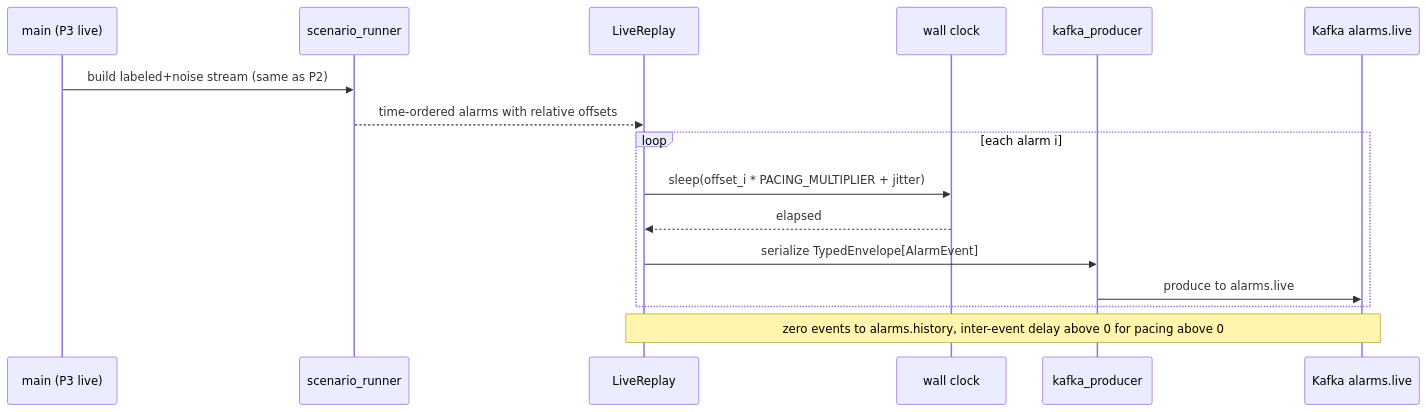
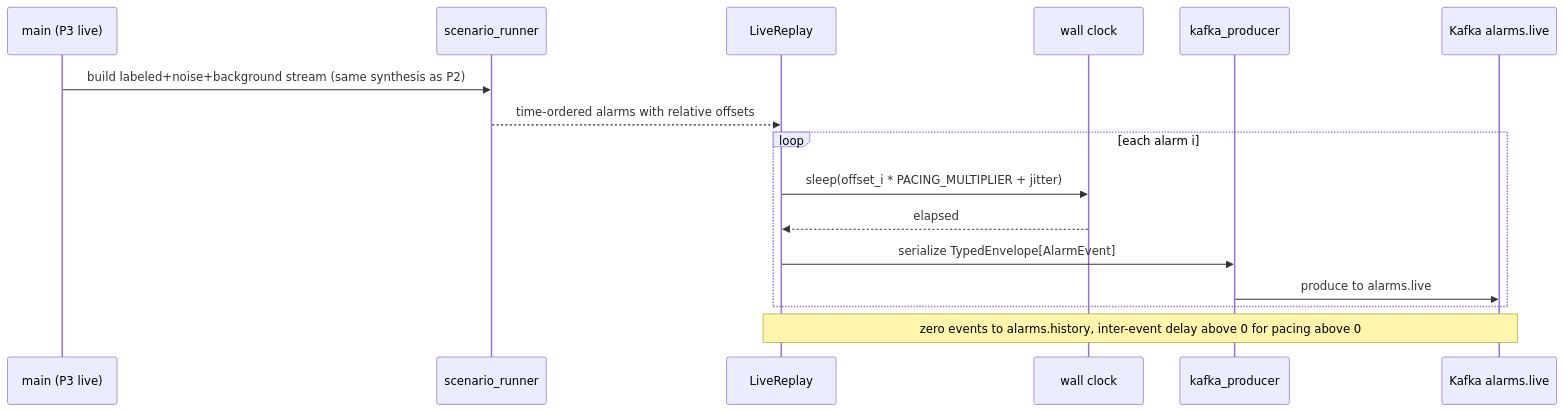
One commit to nikhilmohan/correlation-platform changed the fifth of 8 diagrams in services/simulator/design.md. Above: the diagram before and after it, drawn with Mermaid. The commit also changed other lines of this file, not shown here.

Commit message:
design(simulator): add CLI usage, volume/time/interval config + defaults, randomization scope, evaluation-set synthesis strategy

````diff
--- a/services/simulator/design.md
+++ b/services/simulator/design.md
@@ -361,19 +375,19 @@
 ```mermaid
 sequenceDiagram
   participant CLI as main (P3 live)
   participant SR as scenario_runner
   participant R as LiveReplay
   participant Clock as wall clock
   participant KP as kafka_producer
   participant K as Kafka alarms.live
 
-  CLI->>SR: build labeled+noise stream (same as P2)
+  CLI->>SR: build labeled+noise+background stream (same synthesis as P2)
   SR-->>R: time-ordered alarms with relative offsets
   loop each alarm i
     R->>Clock: sleep(offset_i * PACING_MULTIPLIER + jitter)
     Clock-->>R: elapsed
     R->>KP: serialize TypedEnvelope[AlarmEvent]
     KP->>K: produce to alarms.live
   end
   Note over R,K: zero events to alarms.history, inter-event delay above 0 for pacing above 0
 ```
````
